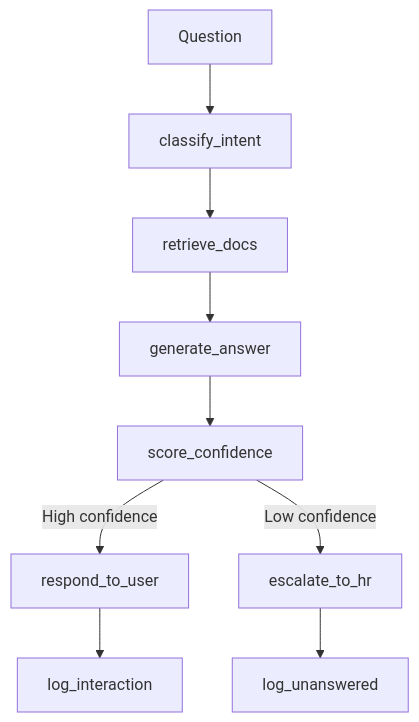
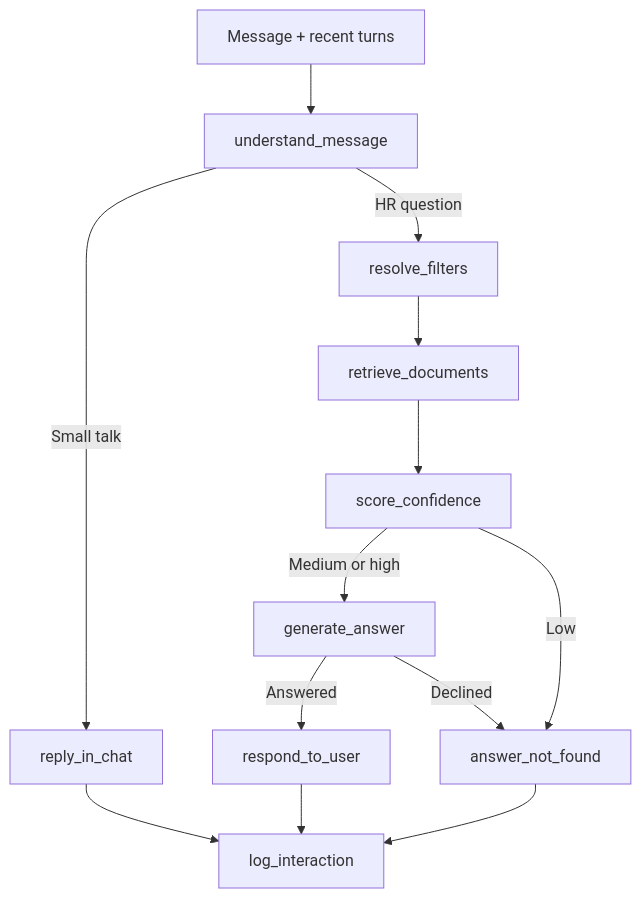
The second of 2 diagrams in README.md (ShishirRijal/hr-onboarding-agent), drawn with Mermaid before and after one commit. The commit also changed other lines of this file and 13 other files, not shown here.

Commit message:
feat: answer small talk directly and follow the conversation

````diff
--- a/README.md
+++ b/README.md
@@ -104,11 +104,15 @@
 ```mermaid
 flowchart TD
-  Q[Question] --> CI[classify_intent]
-  CI --> RD[retrieve_docs]
-  RD --> GA[generate_answer]
-  GA --> SC[score_confidence]
-  SC -->|High confidence| RU[respond_to_user]
-  RU --> LI[log_interaction]
-  SC -->|Low confidence| EH[escalate_to_hr]
-  EH --> LU[log_unanswered]
+  Q[Message + recent turns] --> UM[understand_message]
+  UM -->|Small talk| CH[reply_in_chat]
+  UM -->|HR question| RF[resolve_filters]
+  RF --> RD[retrieve_documents]
+  RD --> SC[score_confidence]
+  SC -->|Medium or high| GA[generate_answer]
+  SC -->|Low| NF[answer_not_found]
+  GA -->|Answered| RU[respond_to_user]
+  GA -->|Declined| NF
+  CH --> LI[log_interaction]
+  RU --> LI
+  NF --> LI
 ```
````
